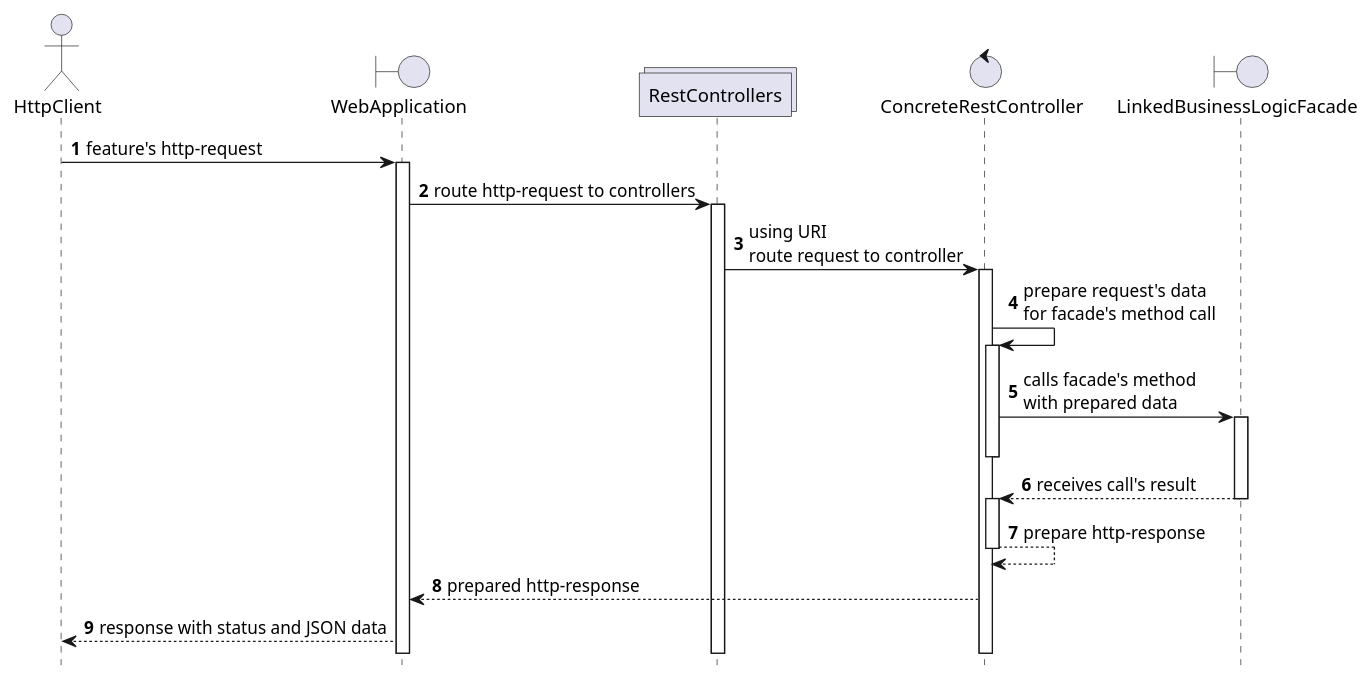
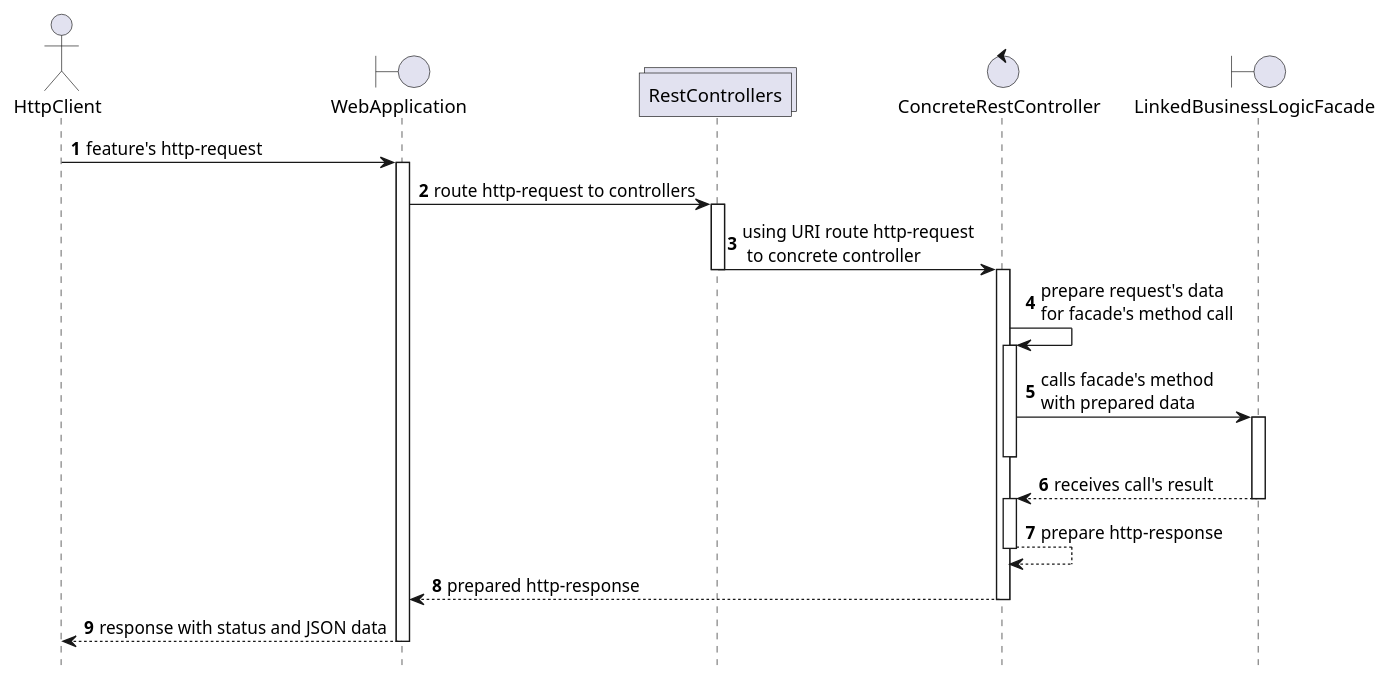
Before and after one commit to OlegSopilnyak/school-demo: the diagram in endpoint/diagrams/Endpoints Layer Sequence Diagram.puml, drawn with PlantUML. The commit also changed 1 other file, not shown here.

Commit message:
Document endpoint clarify sequence diagram activation

```diff
--- a/endpoint/diagrams/Endpoints Layer Sequence Diagram.puml
+++ b/endpoint/diagrams/Endpoints Layer Sequence Diagram.puml
@@ -1,30 +1,33 @@
 @startuml
 
 hide footbox
 autonumber
 actor HttpClient as client
 boundary WebApplication as gate
 collections RestControllers as controllers
 control ConcreteRestController as controller
 boundary LinkedBusinessLogicFacade as facade
 
 client -> gate: feature's http-request
 activate gate
 gate -> controllers: route http-request to controllers
 activate controllers
-controllers->controller: using URI\nroute request to controller
+controllers->controller: using URI route http-request\n to concrete controller
+deactivate controllers
 activate controller
 controller->controller: prepare request's data\nfor facade's method call
 activate controller
 controller->facade: calls facade's method\nwith prepared data
 activate facade
 deactivate controller
 facade-->controller: receives call's result
 deactivate facade
 activate controller
 controller--> controller: prepare http-response
 deactivate controller
 controller-->gate : prepared http-response
+deactivate controller
 gate --> client: response with status and JSON data
+deactivate gate
 
 @enduml
```
